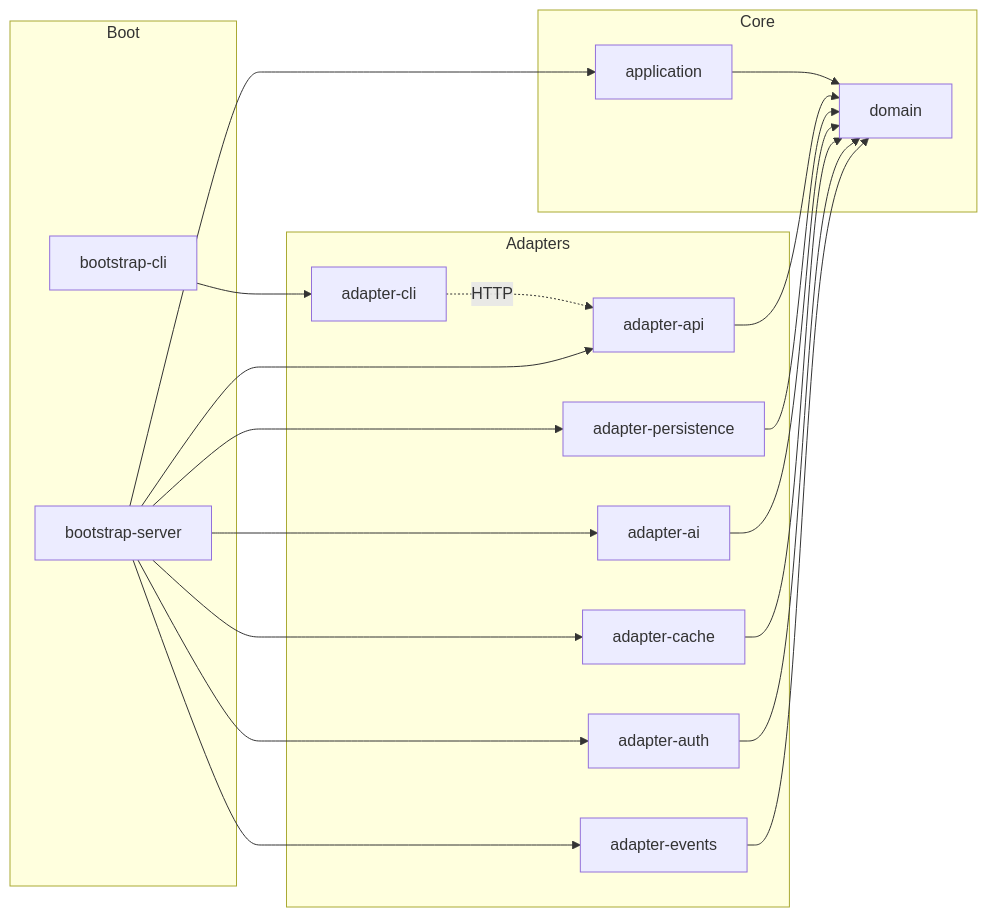
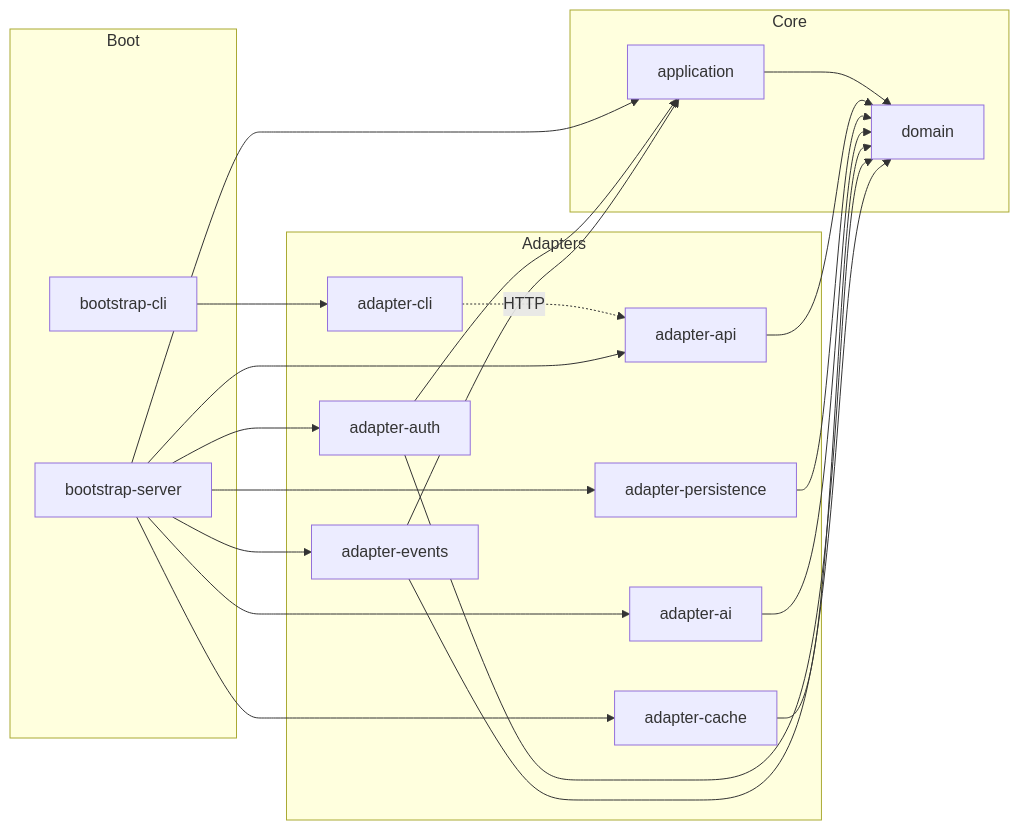
Before and after one commit to JuanPabloJimenezEsclusa/alexandra-job-tracker: the first of 3 diagrams in README.md, drawn with Mermaid. The commit also changed other lines of this file and 8 other files, not shown here.

````diff
--- a/README.md
+++ b/README.md
@@ -94,28 +94,29 @@
 ```mermaid
 flowchart LR
   subgraph bootstrap [Boot]
     bootstrap-server
     bootstrap-cli
   end
 
   subgraph core [Core]
     domain
     application
   end
 
   subgraph adapters [Adapters]
     adapter-api
     adapter-auth
     adapter-persistence
     adapter-ai
     adapter-cache
     adapter-cli
     adapter-events
   end
 
   application --> domain
   adapter-cli -.-> |HTTP| adapter-api
   bootstrap-server --> adapter-api & application & adapter-persistence & adapter-ai & adapter-cache & adapter-auth & adapter-events
   adapter-api & adapter-persistence & adapter-ai & adapter-cache & adapter-auth & adapter-events --> domain
+  adapter-auth & adapter-events --> application
   bootstrap-cli --> adapter-cli
 ```
````
